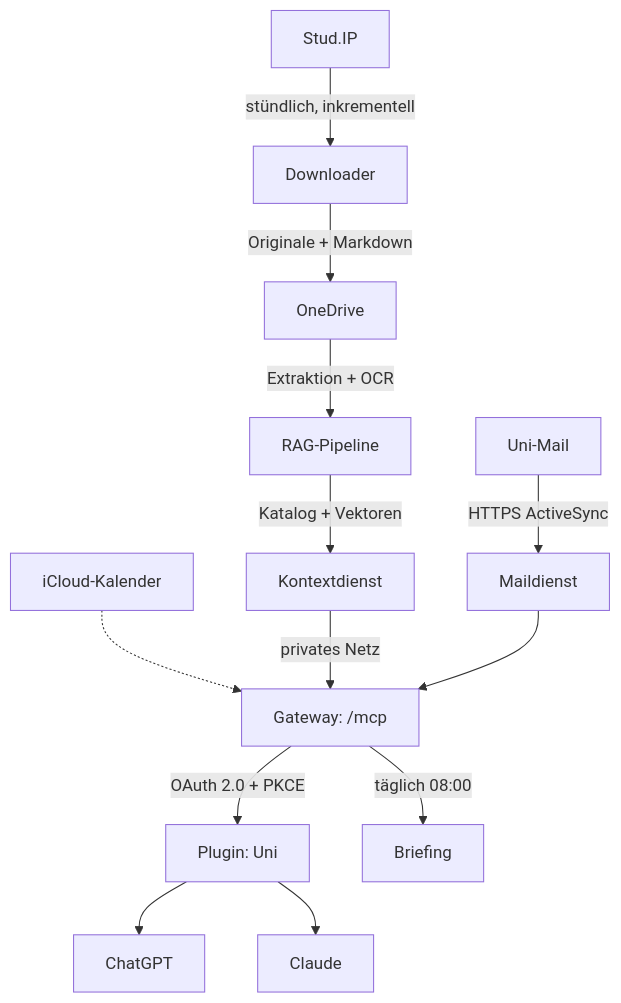
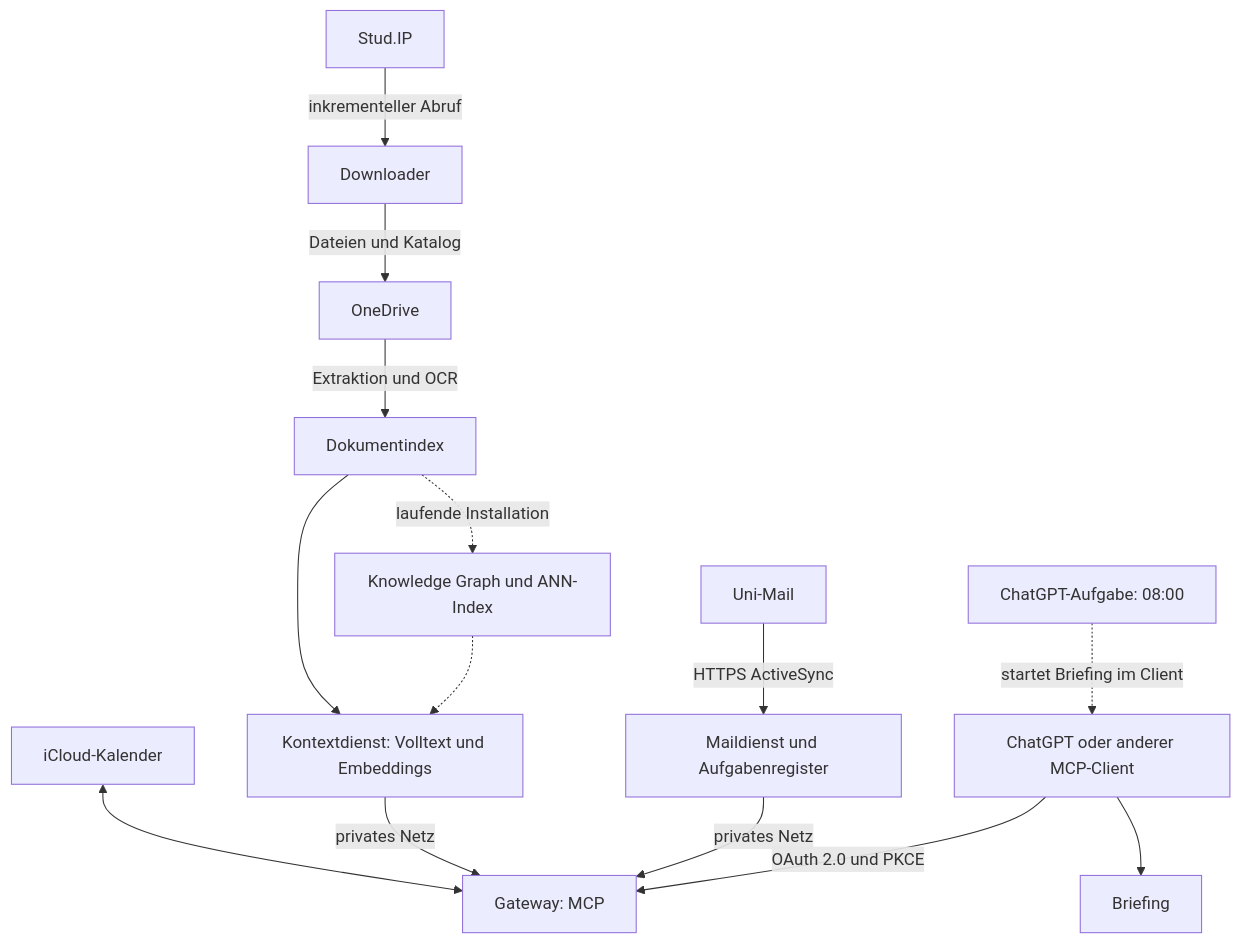
The first of 2 diagrams in README.md (hakvinv/studipilot-open-source), drawn with Mermaid before and after one commit. The commit also changed other lines of this file, not shown here.

Commit message:
Correct architecture and client flowcharts

````diff
--- a/README.md
+++ b/README.md
@@ -68,15 +68,16 @@
 ```mermaid
 flowchart TD
-    S[Stud.IP] -->|stündlich, inkrementell| D[Downloader]
-    D -->|Originale + Markdown| O[OneDrive]
-    O -->|Extraktion + OCR| R[RAG-Pipeline]
-    R -->|Katalog + Vektoren| C[Kontextdienst]
-    M[Uni-Mail] -->|HTTPS ActiveSync| X[Maildienst]
-    K[iCloud-Kalender] -.-> G
-    C -->|privates Netz| G[Gateway: /mcp]
-    X --> G
-    G -->|OAuth 2.0 + PKCE| P[Plugin: Uni]
-    P --> CG[ChatGPT]
-    P --> CL[Claude]
-    G -->|täglich 08:00| B[Briefing]
+    S[Stud.IP] -->|inkrementeller Abruf| D[Downloader]
+    D -->|Dateien und Katalog| O[OneDrive]
+    O -->|Extraktion und OCR| R[Dokumentindex]
+    R --> C[Kontextdienst: Volltext und Embeddings]
+    R -.->|laufende Installation| K[Knowledge Graph und ANN-Index]
+    K -.-> C
+    M[Uni-Mail] -->|HTTPS ActiveSync| X[Maildienst und Aufgabenregister]
+    I[iCloud-Kalender] <--> G[Gateway: MCP]
+    C -->|privates Netz| G
+    X -->|privates Netz| G
+    U[ChatGPT oder anderer MCP-Client] -->|OAuth 2.0 und PKCE| G
+    T[ChatGPT-Aufgabe: 08:00] -.->|startet Briefing im Client| U
+    U --> B[Briefing]
 ```
````
